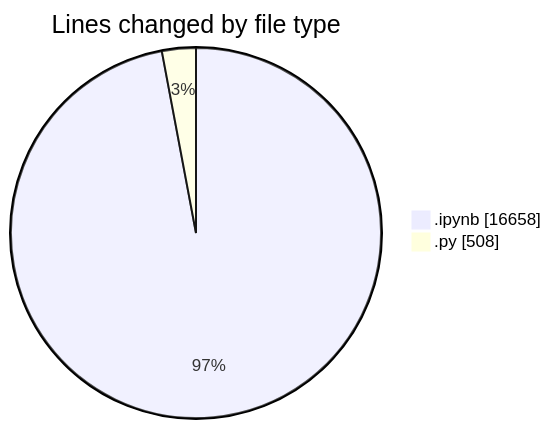
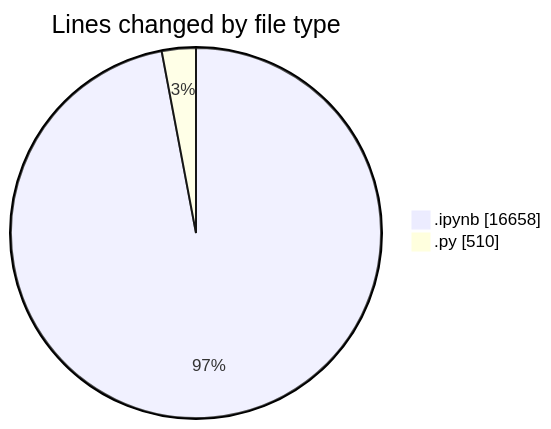
The first of 2 diagrams in 2025-03-20/myws__workspace_/README.md (MatusMokan/code-tracking), drawn with Mermaid before and after one commit. The commit also changed other lines of this file and 1 other file, not shown here.

````diff
--- a/2025-03-20/myws__workspace_/README.md
+++ b/2025-03-20/myws__workspace_/README.md
@@ -21,6 +21,6 @@
 ```mermaid
 pie showData
 title Lines changed by file type
 ".ipynb" : 16658
-".py" : 508
+".py" : 510
 ```
````
